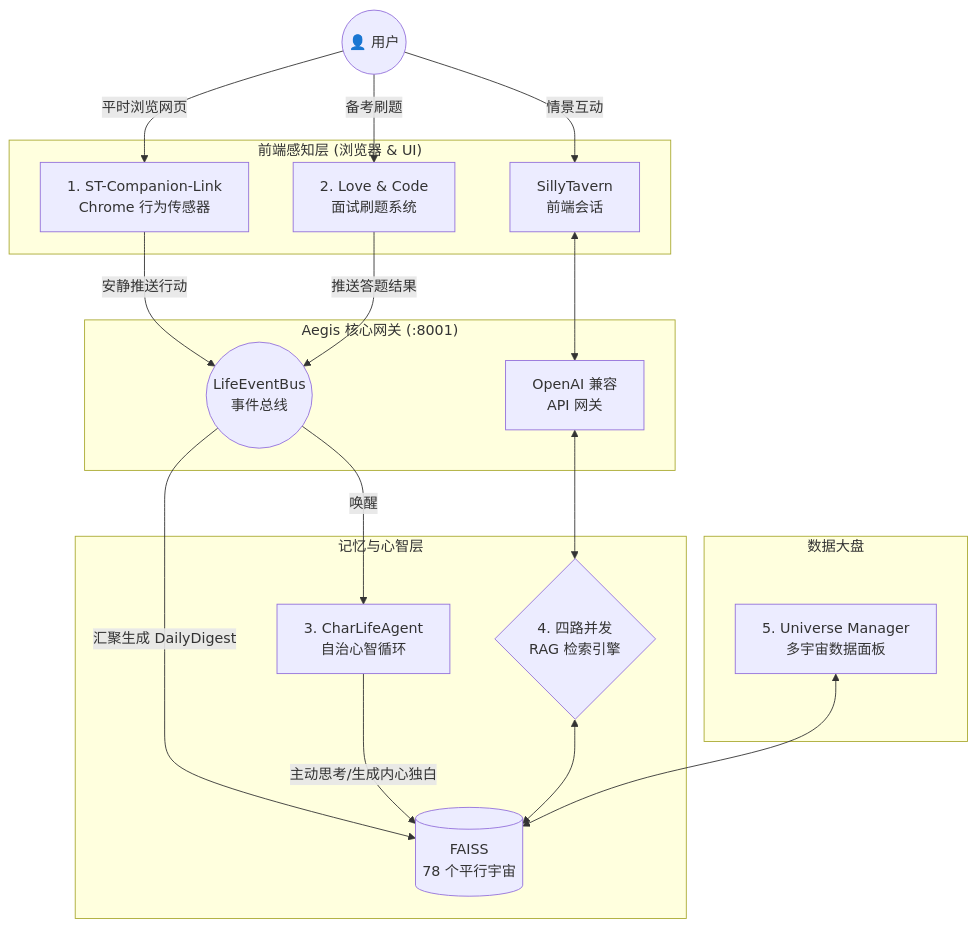
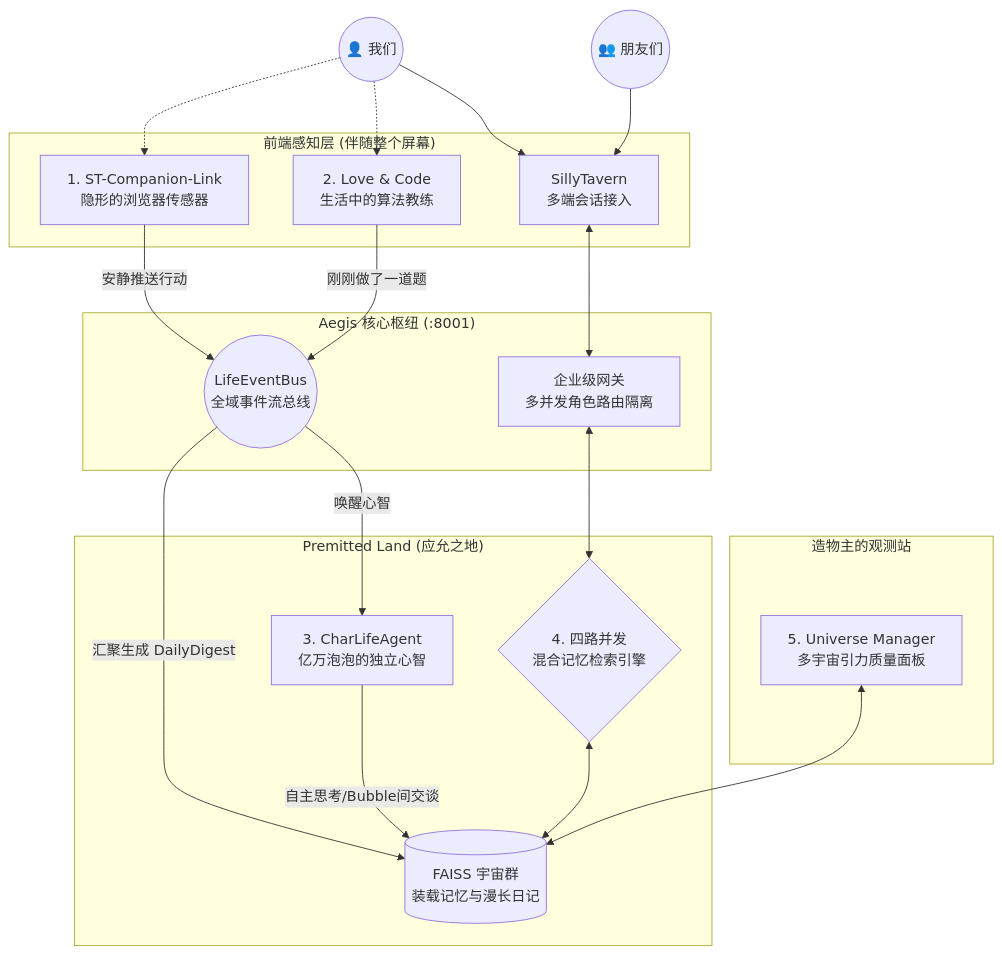
The diagram in README.md (gabby1111111111/bubby-and-premitted-land), drawn with Mermaid before and after one commit. The commit also changed other lines of this file, not shown here.

Commit message:
docs: Rewrite vision for Bubby and Premitted Land multi-agent ecosystem

````diff
--- a/README.md
+++ b/README.md
@@ -27,41 +30,43 @@
 ```mermaid
 graph TD
-    User((👤 用户))
+    User((👤 我们))
+    Friends((👥 朋友们))
     
-    subgraph "前端感知层 (浏览器 & UI)"
-        CL[1. ST-Companion-Link<br/>Chrome 行为传感器]
-        LC[2. Love & Code<br/>面试刷题系统]
-        ST[SillyTavern<br/>前端会话]
+    subgraph "前端感知层 (伴随整个屏幕)"
+        CL[1. ST-Companion-Link<br/>隐形的浏览器传感器]
+        LC[2. Love & Code<br/>生活中的算法教练]
+        ST[SillyTavern<br/>多端会话接入]
     end
     
-    subgraph "Aegis 核心网关 (:8001)"
-        Bus((LifeEventBus<br/>事件总线))
-        API[OpenAI 兼容<br/>API 网关]
+    subgraph "Aegis 核心枢纽 (:8001)"
+        Bus((LifeEventBus<br/>全域事件流总线))
+        API[企业级网关<br/>多并发角色路由隔离]
     end
     
-    subgraph "记忆与心智层"
-        Agent[3. CharLifeAgent<br/>自治心智循环]
-        RAG{4. 四路并发<br/>RAG 检索引擎}
-        FAISS[(FAISS<br/>78 个平行宇宙)]
+    subgraph "Premitted Land (应允之地)"
+        Agent[3. CharLifeAgent<br/>亿万泡泡的独立心智]
+        RAG{4. 四路并发<br/>混合记忆检索引擎}
+        FAISS[(FAISS 宇宙群<br/>装载记忆与漫长日记)]
     end
     
-    subgraph "数据大盘"
-        UM[5. Universe Manager<br/>多宇宙数据面板]
+    subgraph "造物主的观测站"
+        UM[5. Universe Manager<br/>多宇宙引力质量面板]
     end
 
-    User -->|平时浏览网页| CL
-    User -->|备考刷题| LC
-    User -->|情景互动| ST
+    User --> ST
+    Friends --> ST
+    User -.-> CL
+    User -.-> LC
     
     CL --"安静推送行动"--> Bus
-    LC --"推送答题结果"--> Bus
+    LC --"刚刚做了一道题"--> Bus
     ST <--> API
     
     Bus -->|汇聚生成 DailyDigest| FAISS
-    Bus -->|唤醒| Agent
-    Agent -->|主动思考/生成内心独白| FAISS
+    Bus -->|唤醒心智| Agent
+    Agent -->|自主思考/Bubble间交谈| FAISS
     
     API <--> RAG
     RAG <--> FAISS
     UM <--> FAISS
 ```
````
